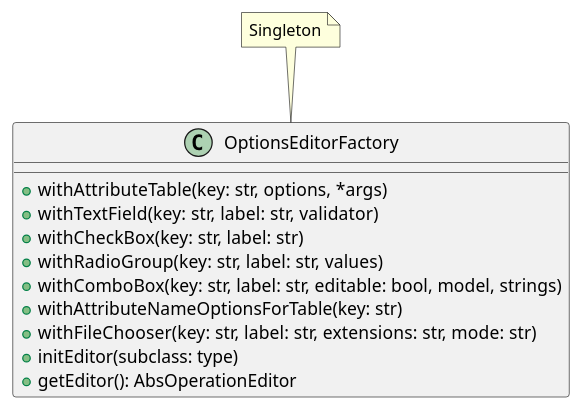
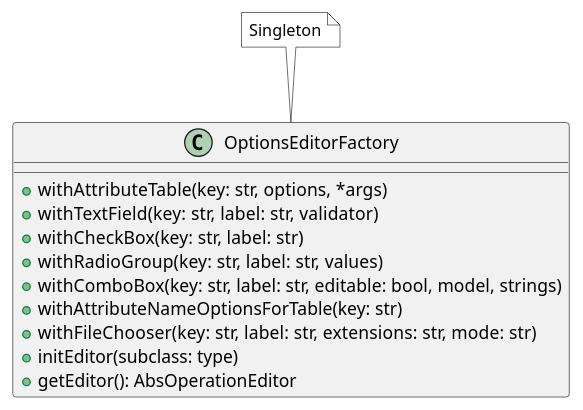
One commit to alezanga/dataMole changed the third of 3 diagrams in uml/operation.puml. Above: the diagram before and after it, drawn with PlantUML. The commit also changed 4 other files, not shown here.

Commit message:
uml edited

```diff
--- a/uml/operation.puml
+++ b/uml/operation.puml
@@ -64,19 +64,17 @@
 @startuml factory
 
 class OptionsEditorFactory {
   + withAttributeTable(key: str, options, *args)
   + withTextField(key: str, label: str, validator)
   + withCheckBox(key: str, label: str)
   + withRadioGroup(key: str, label: str, values)
   + withComboBox(key: str, label: str, editable: bool, model, strings)
   + withAttributeNameOptionsForTable(key: str)
   + withFileChooser(key: str, label: str, extensions: str, mode: str)  
   + initEditor(subclass: type)
   + getEditor(): AbsOperationEditor
 }
 
-note top of OptionsEditorFactory
-Singleton
-endnote
+note top of OptionsEditorFactory #White: Singleton
 
 @enduml
```
